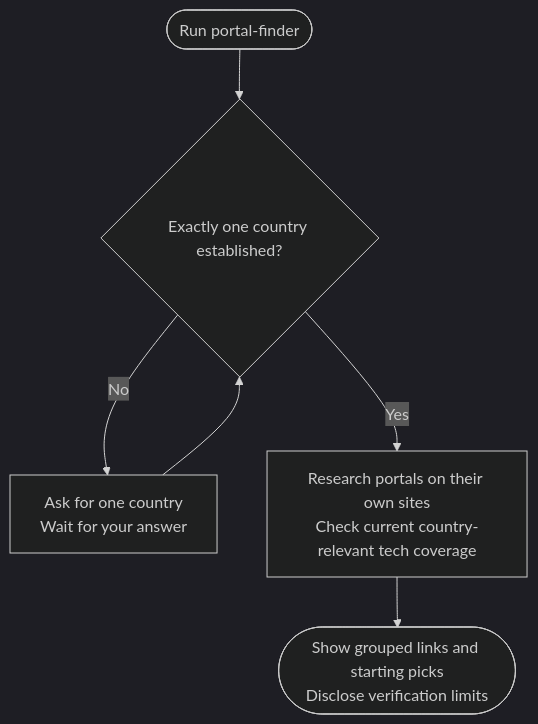
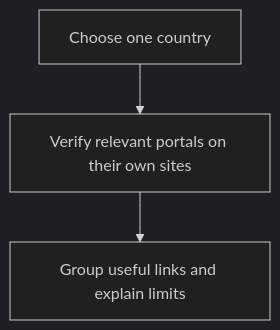
One commit to myowinthein/agent-compass changed the diagram in docs/commands/portal-finder.md. Above: the diagram before and after it, drawn with Mermaid (dark theme). The commit also changed other lines of this file and 67 other files, not shown here.

````diff
--- a/docs/commands/portal-finder.md
+++ b/docs/commands/portal-finder.md
@@ -29,8 +19,5 @@
 ```mermaid
 flowchart TD
-  Start(["Run portal-finder"]) --> Country{"Exactly one country established?"}
-  Country -->|No| Ask["Ask for one country<br/>Wait for your answer"]
-  Ask --> Country
-  Country -->|Yes| Research["Research portals on their own sites<br/>Check current country-relevant tech coverage"]
-  Research --> Output(["Show grouped links and starting picks<br/>Disclose verification limits"])
+  Country["Choose one country"] --> Research["Verify relevant portals on their own sites"]
+  Research --> Result["Group useful links and explain limits"]
 ```
````
